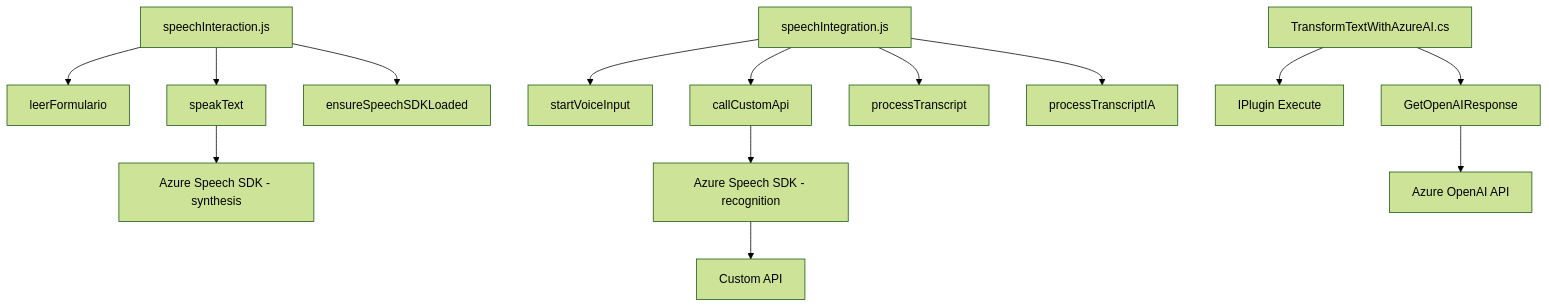
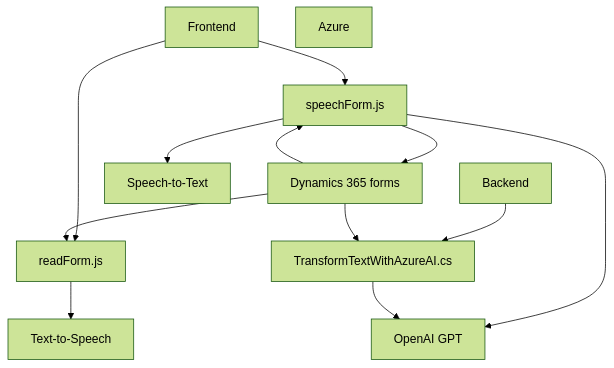
One commit to blopezdm/NETCORE_BILBAO2025 changed the diagram in README.md. Above: the diagram before and after it, drawn with Mermaid (forest theme). The commit also changed other lines of this file, not shown here.

````diff
--- a/README.md
+++ b/README.md
@@ -45,18 +59,25 @@
 ```mermaid
 graph TD
-    A["speechInteraction.js"] --> B["leerFormulario"]
-    A["speechInteraction.js"] --> C["speakText"]
-    C["speakText"] --> D["Azure Speech SDK - synthesis"]
-    A["speechInteraction.js"] --> E["ensureSpeechSDKLoaded"]
+    A["Frontend"]
+    A1["readForm.js"]
+    A2["speechForm.js"]
+    B["Backend"]
+    B1["TransformTextWithAzureAI.cs"]
+    C["Azure"]
+    C1["Speech-to-Text"]
+    C2["Text-to-Speech"]
+    C3["OpenAI GPT"]
+    D["Dynamics 365 forms"]
 
-    F["speechIntegration.js"] --> G["startVoiceInput"]
-    F["speechIntegration.js"] --> H["callCustomApi"]
-    H["callCustomApi"] --> I["Azure Speech SDK - recognition"]
-    I["Azure Speech SDK - recognition"] --> J["Custom API"]
-    F["speechIntegration.js"] --> K["processTranscript"]
-    F["speechIntegration.js"] --> L["processTranscriptIA"]
-    
-    M["TransformTextWithAzureAI.cs"] --> N["IPlugin Execute"]
-    M["TransformTextWithAzureAI.cs"] --> O["GetOpenAIResponse"]
-    O["GetOpenAIResponse"] --> P["Azure OpenAI API"]
+    A --> A1
+    A --> A2
+    A1 --> C2
+    A2 --> C1
+    A2 --> C3
+    B --> B1
+    B1 --> C3
+    D --> A1
+    D --> A2
+    D --> B1
+    A2 --> D
 ```
````
